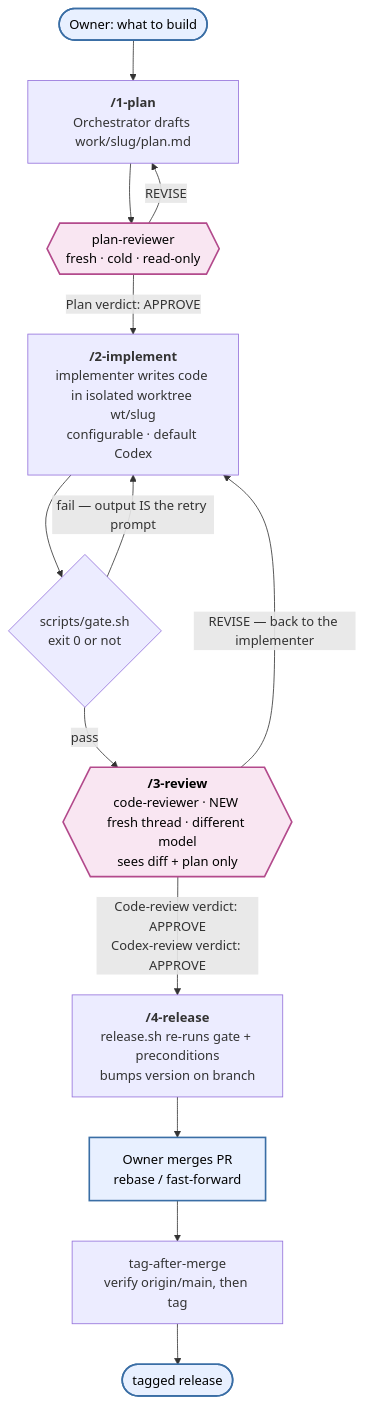
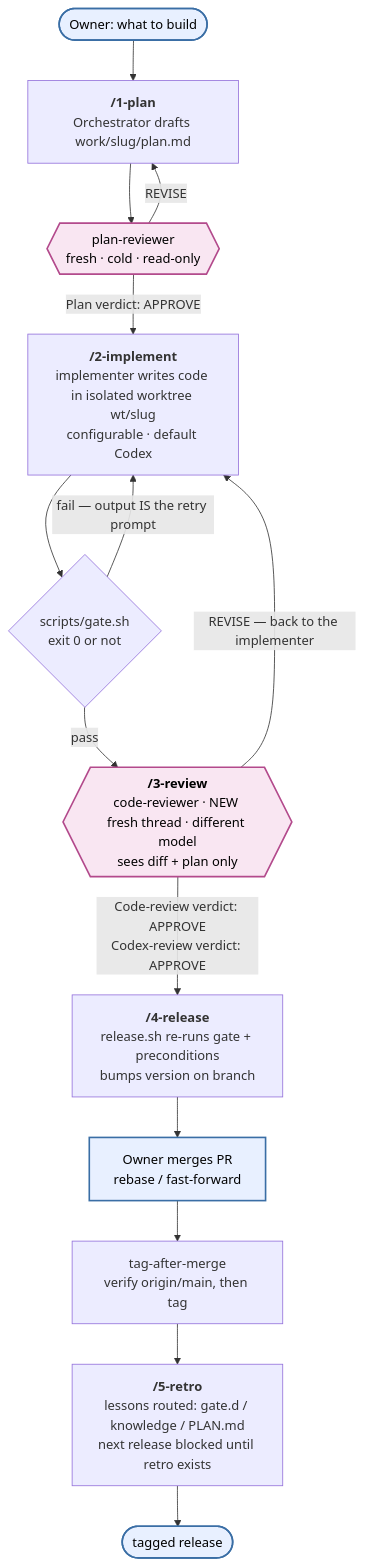
Before and after one commit to ChristopherHoward1/agentic-coding: the first of 2 diagrams in README.md, drawn with Mermaid. The commit also changed other lines of this file and 1 other file, not shown here.

Commit message:
Compact ARCHI + README for the five-stage loop (61 checks, retro precondition)

````diff
--- a/README.md
+++ b/README.md
@@ -19,23 +19,23 @@
 ```mermaid
 flowchart TD
     Owner([Owner: what to build]):::human --> Draft
 
     Draft["<b>/1-plan</b><br/>Orchestrator drafts work/slug/plan.md"] --> PRev{{"plan-reviewer<br/>fresh · cold · read-only"}}:::grill
     PRev -- "REVISE" --> Draft
     PRev -- "Plan verdict: APPROVE" --> Impl
 
     Impl["<b>/2-implement</b><br/>implementer writes code in isolated worktree wt/slug<br/>configurable · default Codex"] --> Gate{"scripts/gate.sh<br/>exit 0 or not"}
     Gate -- "fail — output IS the retry prompt" --> Impl
     Gate -- "pass" --> CRev
 
     CRev{{"<b>/3-review</b><br/>code-reviewer · NEW fresh thread · different model<br/>sees diff + plan only"}}:::grill
     CRev -- "REVISE — back to the implementer" --> Impl
     CRev -- "Code-review verdict: APPROVE<br/>Codex-review verdict: APPROVE" --> Rel
 
     Rel["<b>/4-release</b><br/>release.sh re-runs gate + preconditions<br/>bumps version on branch"] --> Merge["Owner merges PR<br/>rebase / fast-forward"]:::human
     Merge --> Tag["tag-after-merge<br/>verify origin/main, then tag"]
-    Tag --> Done([tagged release]):::human
+    Tag --> Retro["<b>/5-retro</b><br/>lessons routed: gate.d / knowledge / PLAN.md<br/>next release blocked until retro exists"] --> Done([tagged release]):::human
 
     classDef grill fill:#f9e6f2,stroke:#b34a8c,stroke-width:2px,color:#000;
     classDef human fill:#e8f0ff,stroke:#3a6ea5,stroke-width:2px,color:#000;
 ```
````
